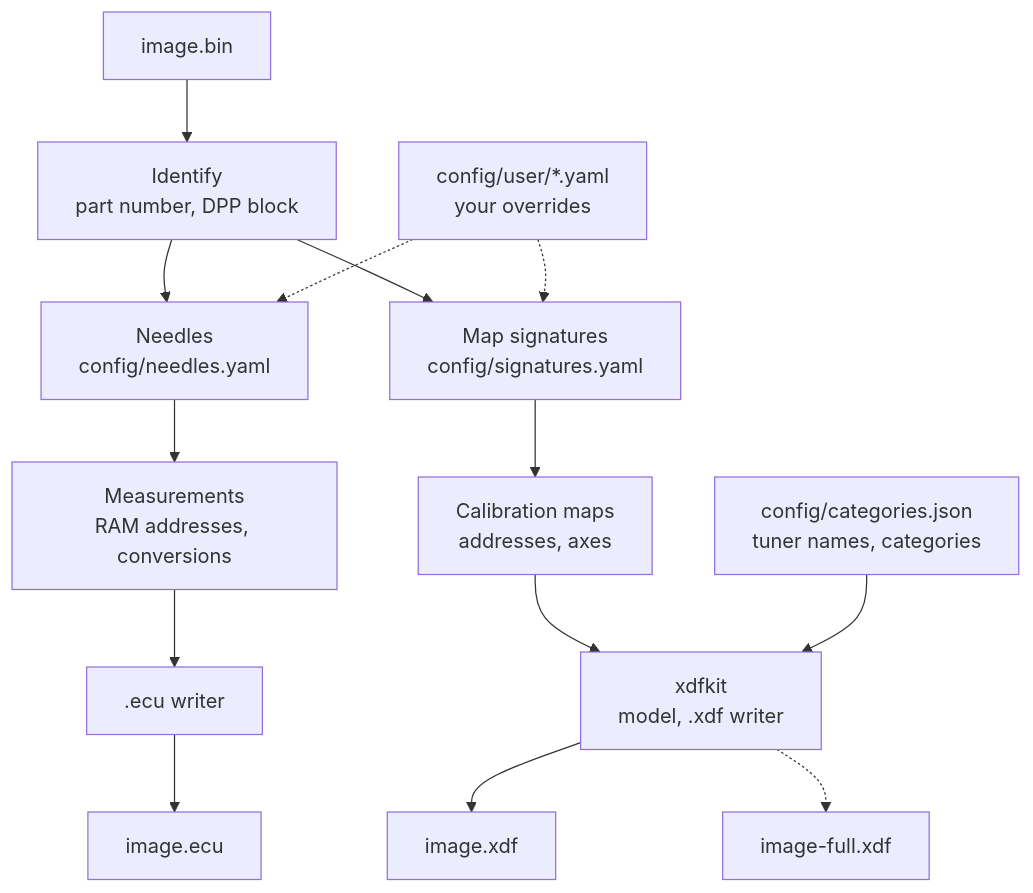
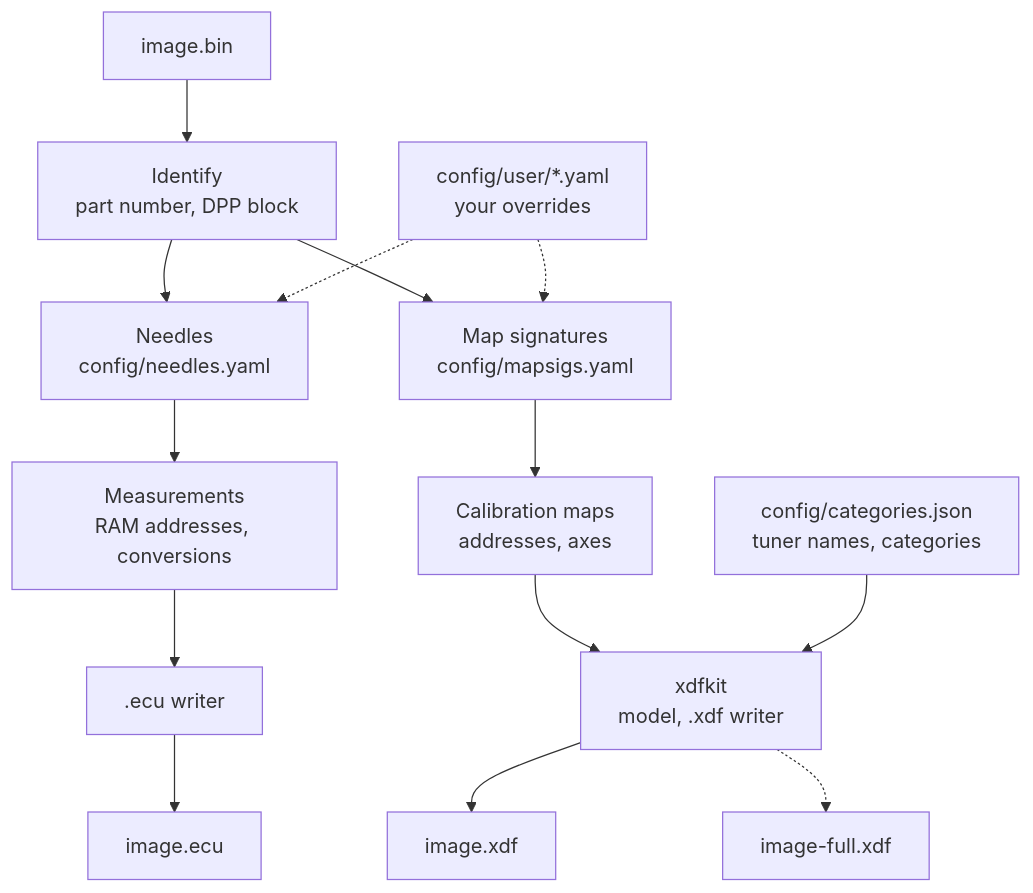
The second of 4 diagrams in README.md (nyetlabs/me7-logger), drawn with Mermaid before and after one commit. The commit also changed other lines of this file and 10 other files, not shown here.

First line of the commit message:
fix: split flash signatures into mapsigs.yaml

````diff
--- a/README.md
+++ b/README.md
@@ -42,15 +42,15 @@
 ```mermaid
 flowchart TD
   bin[image.bin] --> id["Identify<br/>part number, DPP block"]
   id --> needles["Needles<br/>config/needles.yaml"]
-  id --> sigs["Map signatures<br/>config/signatures.yaml"]
+  id --> sigs["Map signatures<br/>config/mapsigs.yaml"]
   user["config/user/*.yaml<br/>your overrides"] -.-> needles
   user -.-> sigs
   needles --> items["Measurements<br/>RAM addresses, conversions"]
   sigs --> maps["Calibration maps<br/>addresses, axes"]
   items --> ecuw[".ecu writer"] --> ecufile[image.ecu]
   maps --> xdfw["xdfkit<br/>model, .xdf writer"]
   cats["config/categories.json<br/>tuner names, categories"] --> xdfw
   xdfw --> xdf[image.xdf]
   xdfw -.-> full[image-full.xdf]
 ```
````
